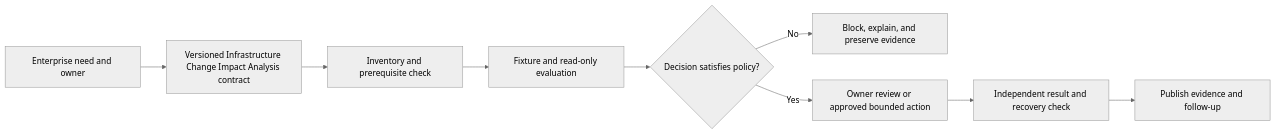
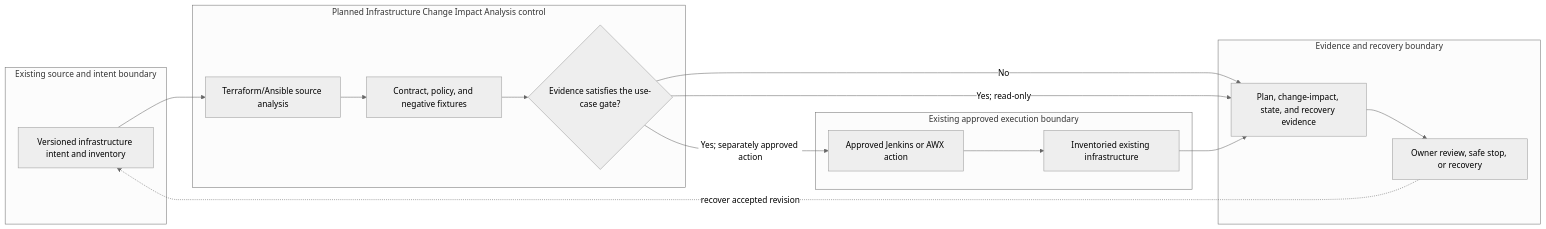
Before and after one commit to MIDHTECH/enterprise-architecture-docs: the diagram in docs/use-cases/infrastructure/UC-INFRA-007-infrastructure-change-impact-analysis.md, drawn with Mermaid (neutral theme). The commit also changed other lines of this file and 227 other files, not shown here.

Commit message:
Deepen architecture for all use case designs

````diff
--- a/docs/use-cases/infrastructure/UC-INFRA-007-infrastructure-change-impact-analysis.md
+++ b/docs/use-cases/infrastructure/UC-INFRA-007-infrastructure-change-impact-analysis.md
@@ -136,11 +129,25 @@
 ```mermaid
 flowchart LR
-    Need["Enterprise need and owner"] --> Contract["Versioned Infrastructure Change Impact Analysis contract"]
-    Contract --> Preflight["Inventory and prerequisite check"]
-    Preflight --> Evaluate["Fixture and read-only evaluation"]
-    Evaluate --> Decision{"Decision satisfies policy?"}
-    Decision -->|No| Stop["Block, explain, and preserve evidence"]
-    Decision -->|Yes| Review["Owner review or approved bounded action"]
-    Review --> Verify["Independent result and recovery check"]
-    Verify --> Publish["Publish evidence and follow-up"]
+    subgraph Source["Existing source and intent boundary"]
+        A["Versioned infrastructure intent and inventory"]
+    end
+    subgraph Planned["Planned Infrastructure Change Impact Analysis control"]
+        B["Terraform/Ansible source analysis"]
+        C["Contract, policy, and negative fixtures"]
+        D{"Evidence satisfies the use-case gate?"}
+    end
+    subgraph Runtime["Existing approved execution boundary"]
+        E["Approved Jenkins or AWX action"]
+        F["Inventoried existing infrastructure"]
+    end
+    subgraph Assurance["Evidence and recovery boundary"]
+        G["Plan, change-impact, state, and recovery evidence"]
+        H["Owner review, safe stop, or recovery"]
+    end
+
+    A --> B --> C --> D
+    D -->|No| G --> H
+    D -->|Yes; read-only| G
+    D -->|Yes; separately approved action| E --> F --> G
+    H -. recover accepted revision .-> A
 ```
````
